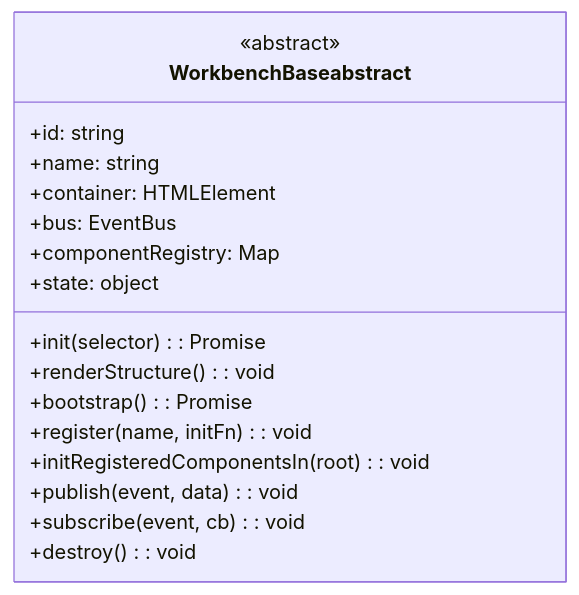
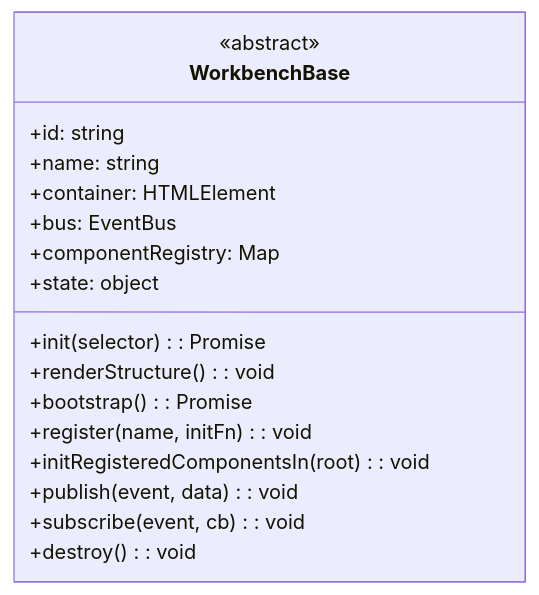
One commit to arbph-dev/codeIgniter-appCms changed the diagram in documentation/WORKBENCH/ARCHITECTURE/WorkbenchBase.md. Above: the diagram before and after it, drawn with Mermaid.

````diff
--- a/documentation/WORKBENCH/ARCHITECTURE/WorkbenchBase.md
+++ b/documentation/WORKBENCH/ARCHITECTURE/WorkbenchBase.md
@@ -5,22 +5,22 @@
 ```mermaid
 classDiagram
     classDef abstract fill:#f9f9f9,stroke:#333,stroke-dasharray: 5 5
 
-    class WorkbenchBase abstract {
+    class WorkbenchBase:::abstract {
         <<abstract>>
         +id: string
         +name: string
         +container: HTMLElement
         +bus: EventBus
         +componentRegistry: Map
         +state: object
         +init(selector): Promise
         +renderStructure(): void
         +bootstrap(): Promise
         +register(name, initFn): void
         +initRegisteredComponentsIn(root): void
         +publish(event, data): void
         +subscribe(event, cb): void
         +destroy(): void
     }
 ```
````
